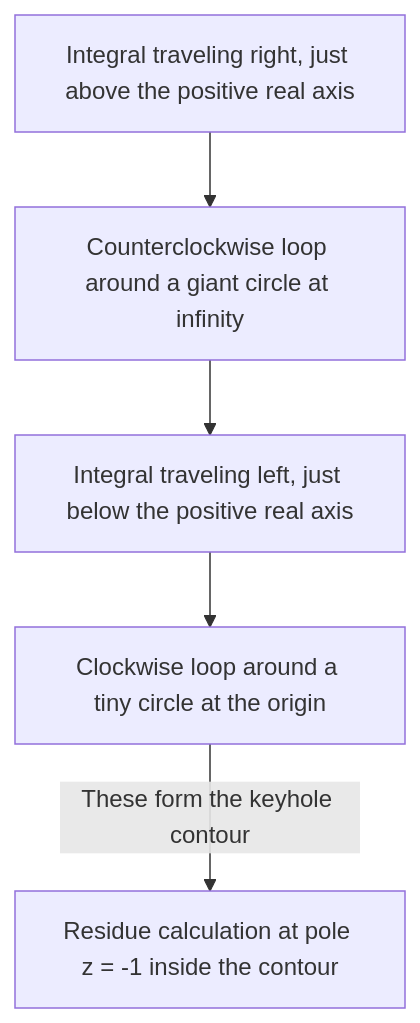
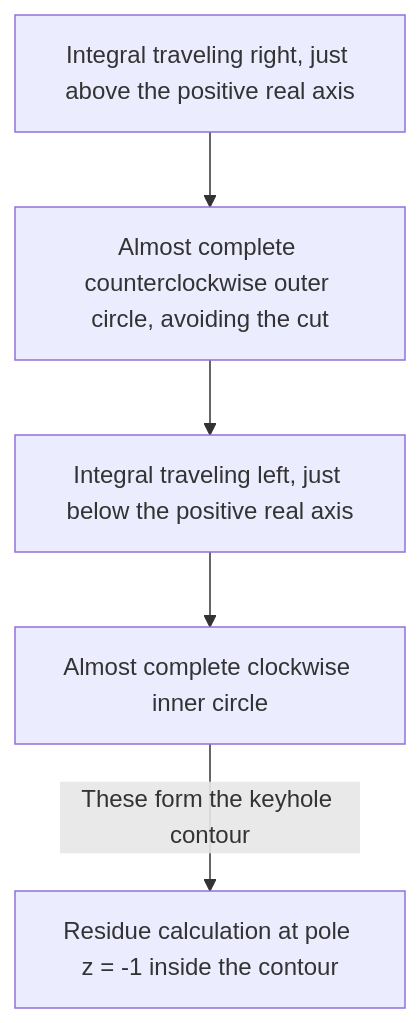
One commit to kenjinote/blog changed the third of 3 diagrams in content/post/residue-theorem/index.en.md. Above: the diagram before and after it, drawn with Mermaid. The commit also changed other lines of this file and 8 other files, not shown here.

````diff
--- a/content/post/residue-theorem/index.en.md
+++ b/content/post/residue-theorem/index.en.md
@@ -166,7 +167,7 @@
 ```mermaid
 flowchart TD
-    A["Integral traveling right, just above the positive real axis"] --> B["Counterclockwise loop around a giant circle at infinity"]
+    A["Integral traveling right, just above the positive real axis"] --> B["Almost complete counterclockwise outer circle, avoiding the cut"]
     B --> C["Integral traveling left, just below the positive real axis"]
-    C --> D["Clockwise loop around a tiny circle at the origin"]
+    C --> D["Almost complete clockwise inner circle"]
     D -->|"These form the keyhole contour"| E["Residue calculation at pole z = -1 inside the contour"]
 ```
````
